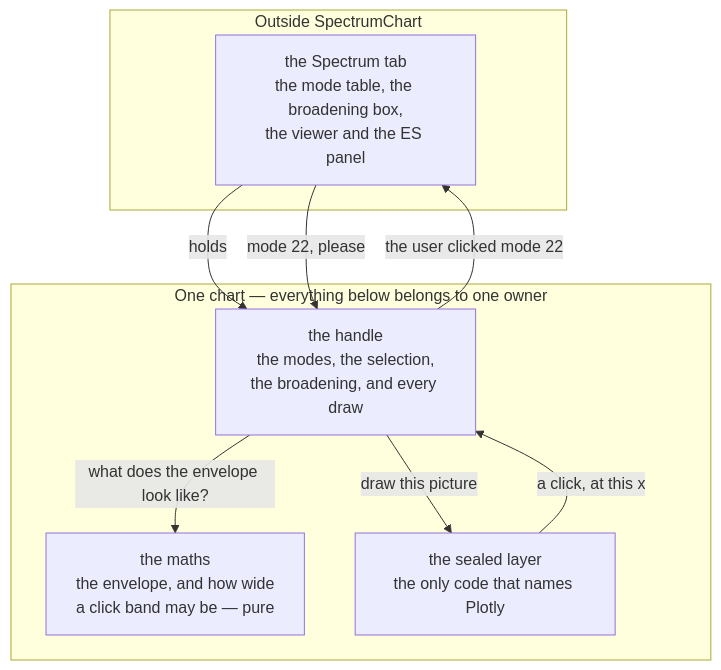
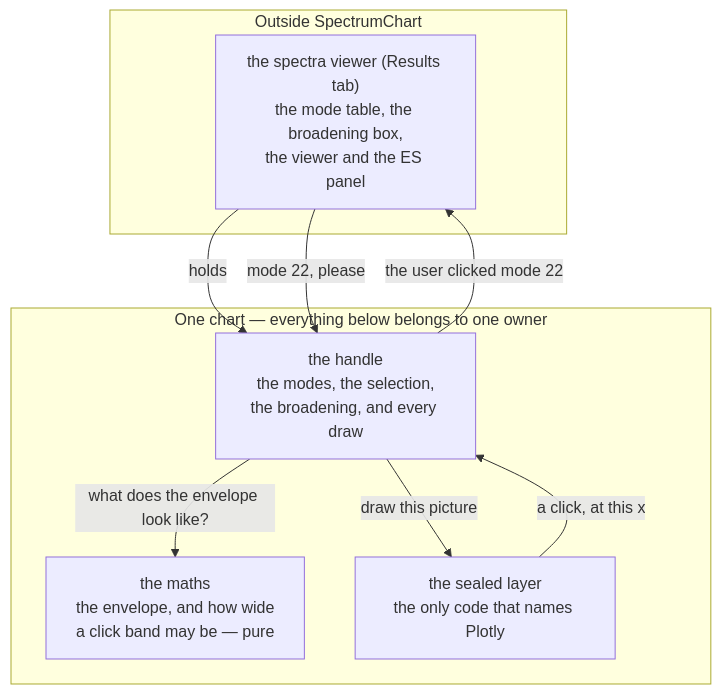
One commit to Qing-LAB/molbuilder changed the diagram in docs/web/spectrumchart.md. Above: the diagram before and after it, drawn with Mermaid. The commit also changed other lines of this file and 13 other files, not shown here.

````diff
--- a/docs/web/spectrumchart.md
+++ b/docs/web/spectrumchart.md
@@ -124,17 +124,17 @@
 ```mermaid
 flowchart TB
     subgraph outside["Outside SpectrumChart"]
-      TAB["the Spectrum tab<br/>the mode table, the broadening box,<br/>the viewer and the ES panel"]
+      TAB["the spectra viewer (Results tab)<br/>the mode table, the broadening box,<br/>the viewer and the ES panel"]
     end
     subgraph sc["One chart — everything below belongs to one owner"]
       H["the handle<br/>the modes, the selection,<br/>the broadening, and every draw"]
       M["the maths<br/>the envelope, and how wide<br/>a click band may be — pure"]
       SEAL["the sealed layer<br/>the only code that names Plotly"]
     end
     TAB -->|"holds"| H
     TAB -->|"mode 22, please"| H
     H -->|"the user clicked mode 22"| TAB
     H -->|"what does the envelope look like?"| M
     H -->|"draw this picture"| SEAL
     SEAL -->|"a click, at this x"| H
 ```
````
